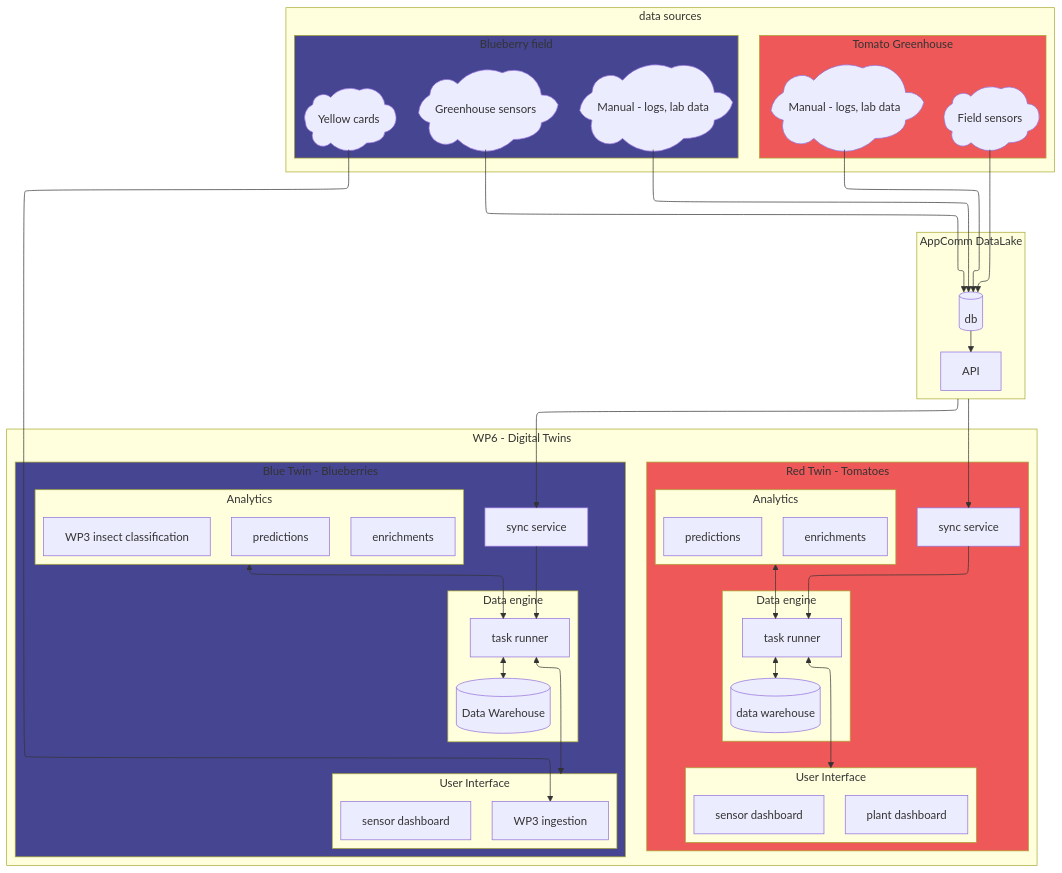
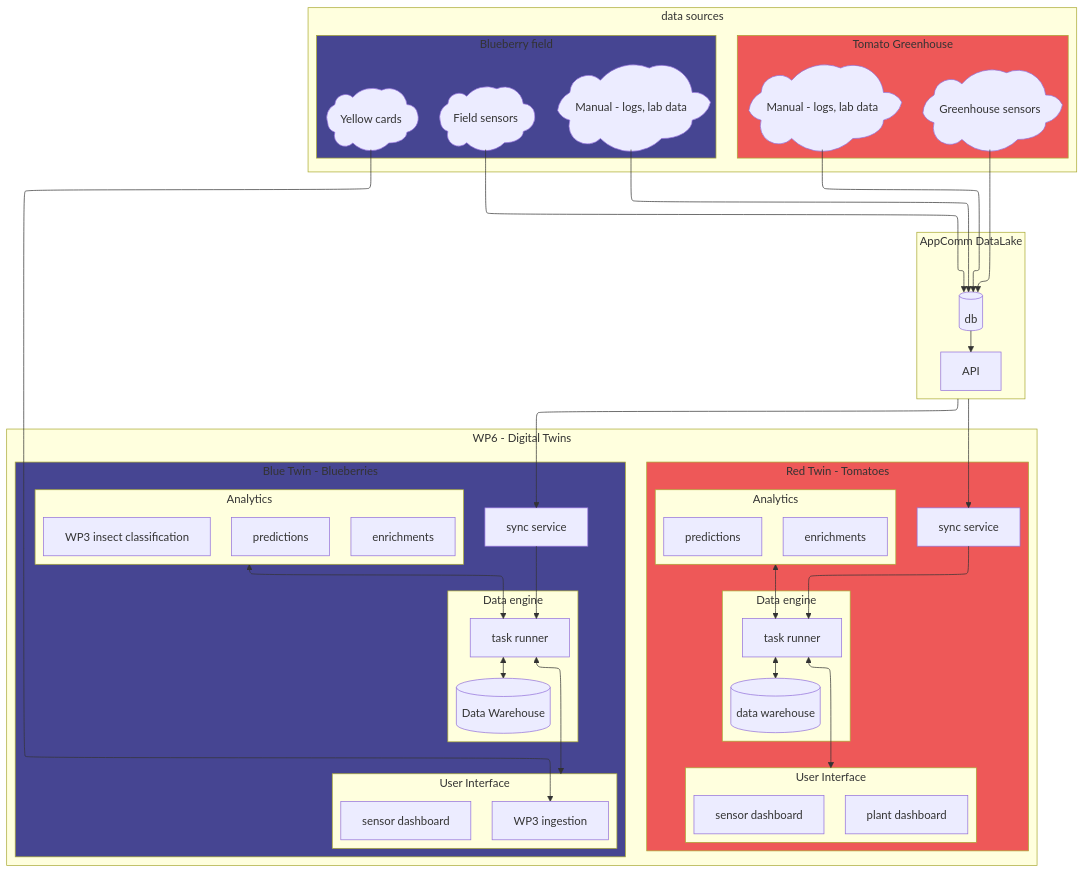
One commit to SPOHF/SPoHF-WP6-Twins changed the diagram in docs/architecture/index.md. Above: the diagram before and after it, drawn with Mermaid.

```diff
--- a/docs/architecture/index.md
+++ b/docs/architecture/index.md
@@ -85,14 +85,14 @@
 
     subgraph sources[data sources]
         subgraph blue_source[Blueberry field]
-            b_sensors[Greenhouse sensors]@{ shape: cloud}
+            b_sensors[Field sensors]@{ shape: cloud}
             b_manual[Manual - logs, lab data]@{ shape: cloud}
             b_yellow_cards[Yellow cards]@{ shape: cloud}
         end
         style blue_source fill:#464592
 
         subgraph red_sources[Tomato Greenhouse]
-            r_sensors[Field sensors]@{ shape: cloud}
+            r_sensors[Greenhouse sensors]@{ shape: cloud}
             r_manual[Manual - logs, lab data]@{ shape: cloud}
         end
         style red_sources fill:#ee5858
```
